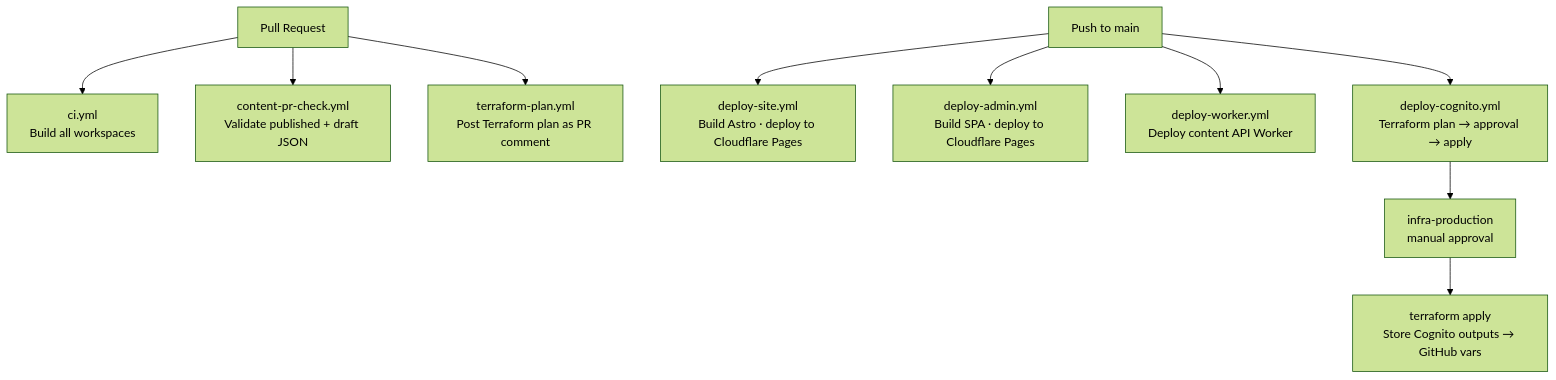
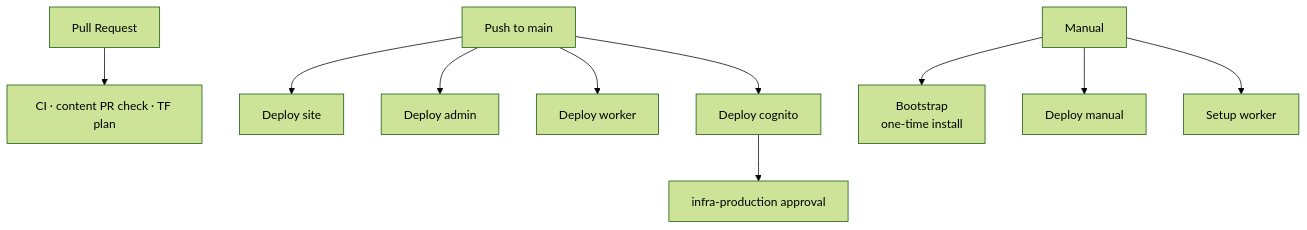
The fifth of 5 diagrams in docs/architecture.md (Bonae-Tech/bonae-tech), drawn with Mermaid (forest theme) before and after one commit. The commit also changed other lines of this file and 21 other files, not shown here.

````diff
--- a/docs/architecture.md
+++ b/docs/architecture.md
@@ -277,14 +241,14 @@
 ```mermaid
 flowchart TD
-    PR["Pull Request"] --> CI["ci.yml\nBuild all workspaces"]
-    PR --> ContentCheck["content-pr-check.yml\nValidate published + draft JSON"]
-    PR --> TFPlan["terraform-plan.yml\nPost Terraform plan as PR comment"]
+    PR["Pull Request"] --> CI["CI · content PR check · TF plan"]
 
-    Main["Push to main"] --> DeploySite["deploy-site.yml\nBuild Astro · deploy to Cloudflare Pages"]
-    Main --> DeployAdmin["deploy-admin.yml\nBuild SPA · deploy to Cloudflare Pages"]
-    Main --> DeployWorker["deploy-worker.yml\nDeploy content API Worker"]
-    Main --> DeployCognito["deploy-cognito.yml\nTerraform plan → approval → apply"]
+    Main["Push to main"] --> DeploySite["Deploy site"]
+    Main --> DeployAdmin["Deploy admin"]
+    Main --> DeployWorker["Deploy worker"]
+    Main --> DeployCognito["Deploy cognito"]
+    DeployCognito --> Gate["infra-production approval"]
 
-    DeployCognito --> Gate["infra-production\nmanual approval"]
-    Gate --> Apply["terraform apply\nStore Cognito outputs → GitHub vars"]
+    Manual["Manual"] --> Bootstrap["Bootstrap\none-time install"]
+    Manual --> DeployManual["Deploy manual"]
+    Manual --> SetupWorker["Setup worker"]
 ```
````
